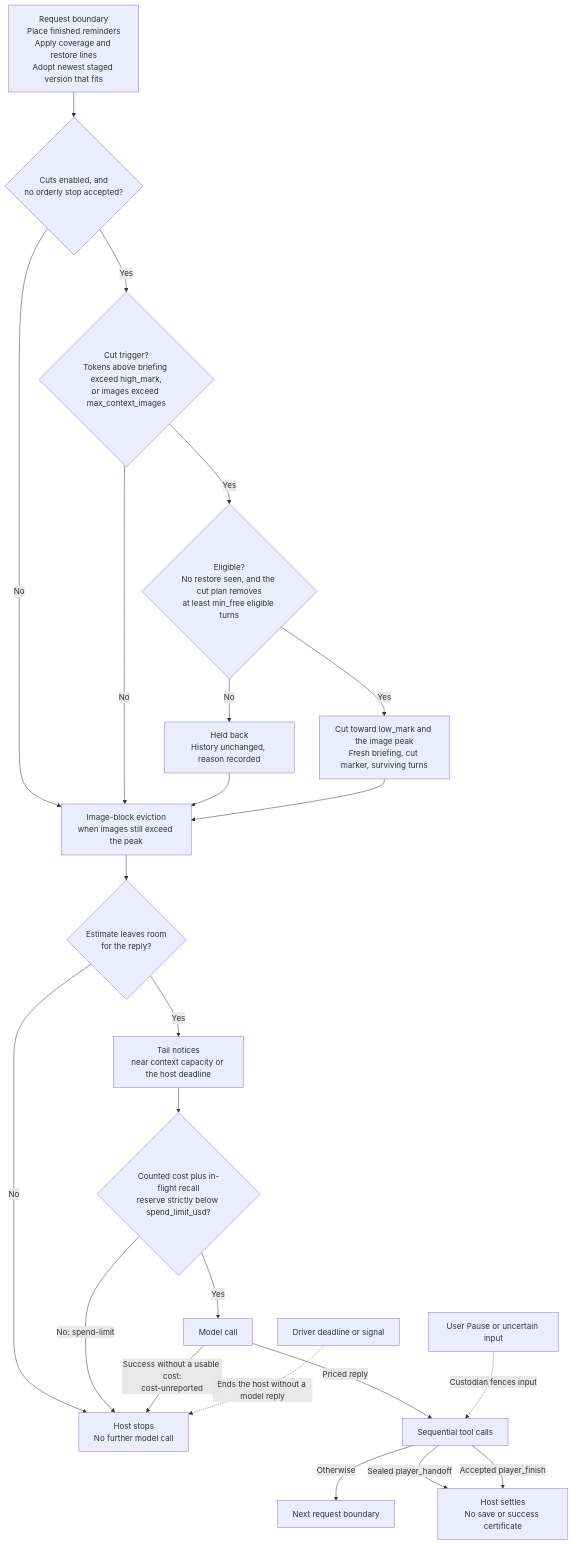
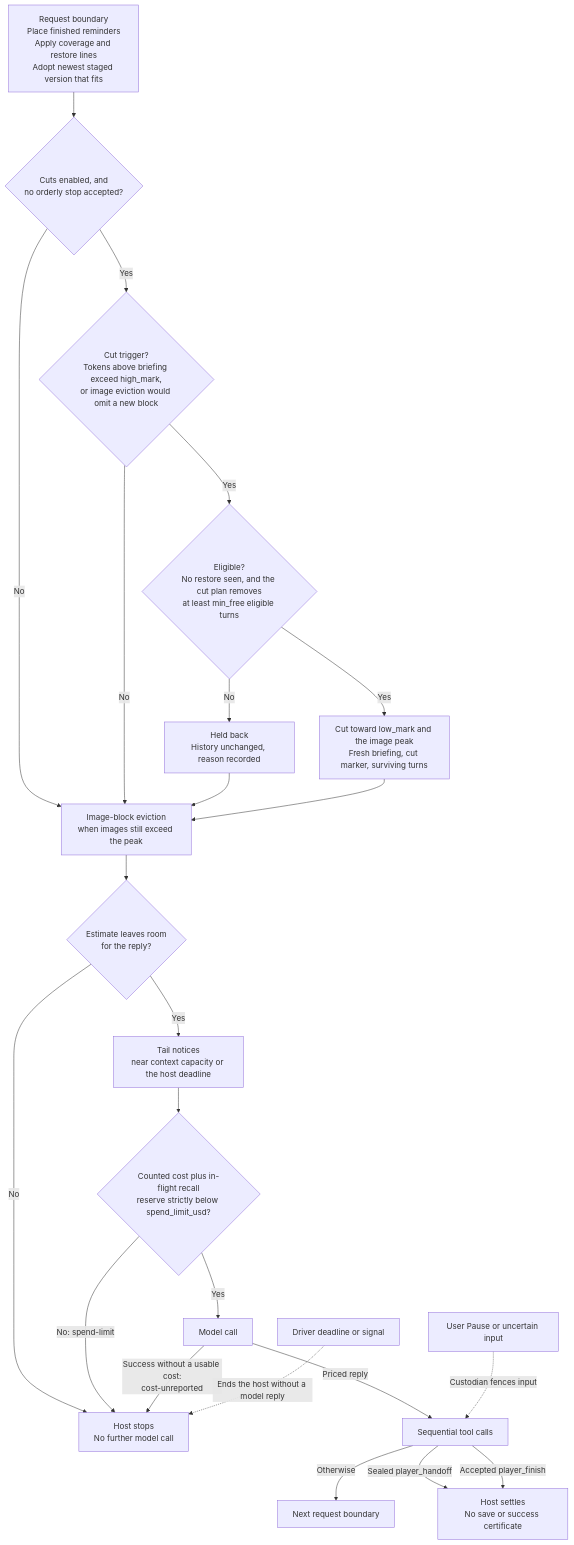
The diagram in docs/contracts/player-host.md (CVX-Hull/enactive), drawn with Mermaid before and after one commit. The commit also changed other lines of this file and 10 other files, not shown here.

````diff
--- a/docs/contracts/player-host.md
+++ b/docs/contracts/player-host.md
@@ -352,27 +371,27 @@
 ```mermaid
 flowchart TB
   accTitle: What the player host does on each request
   accDescr: Between requests the host places finished reminders, applies coverage lines and adopts the newest staged knowledge version that fits. It considers a cut only when cuts are enabled and no orderly stop is accepted. A triggered cut is applied when enough covered complete turns can be removed and no restore was seen. Otherwise it is held back and the history stays. Image-block eviction, capacity stop, tail notices and the dollar limit follow before the model call. Settlement stops are handoff, player finish, the dollar limit and an unreported cost. Pause, uncertain input and the driver's deadlines are independent of this loop.
   R["Request boundary<br/>Place finished reminders<br/>Apply coverage and restore lines<br/>Adopt newest staged version that fits"] --> Q{"Cuts enabled, and<br/>no orderly stop accepted?"}
   Q -->|"No"| V
-  Q -->|"Yes"| T{"Cut trigger?<br/>Tokens above briefing exceed high_mark,<br/>or images exceed max_context_images"}
+  Q -->|"Yes"| T{"Cut trigger?<br/>Tokens above briefing exceed high_mark,<br/>or image eviction would omit a new block"}
   T -->|"No"| V
   T -->|"Yes"| L{"Eligible?<br/>No restore seen, and the cut plan removes<br/>at least min_free eligible turns"}
   L -->|"No"| H["Held back<br/>History unchanged, reason recorded"]
   L -->|"Yes"| K["Cut toward low_mark and the image peak<br/>Fresh briefing, cut marker, surviving turns"]
   H --> V
   K --> V["Image-block eviction<br/>when images still exceed the peak"]
   V --> P{"Estimate leaves room<br/>for the reply?"}
   P -->|"No"| X["Host stops<br/>No further model call"]
   P -->|"Yes"| N["Tail notices<br/>near context capacity or the host deadline"]
   N --> D{"Counted cost plus in-flight recall<br/>reserve strictly below spend_limit_usd?"}
   D -->|"No: spend-limit"| X
   D -->|"Yes"| M["Model call"]
   M -->|"Success without a usable cost:<br/>cost-unreported"| X
   M -->|"Priced reply"| C["Sequential tool calls"]
   C -->|"Otherwise"| Y["Next request boundary"]
   C -->|"Sealed player_handoff"| E["Host settles<br/>No save or success certificate"]
   C -->|"Accepted player_finish"| E
   I["User Pause or uncertain input"] -.->|"Custodian fences input"| C
   W["Driver deadline or signal"] -.->|"Ends the host without a model reply"| X
 ```
````
